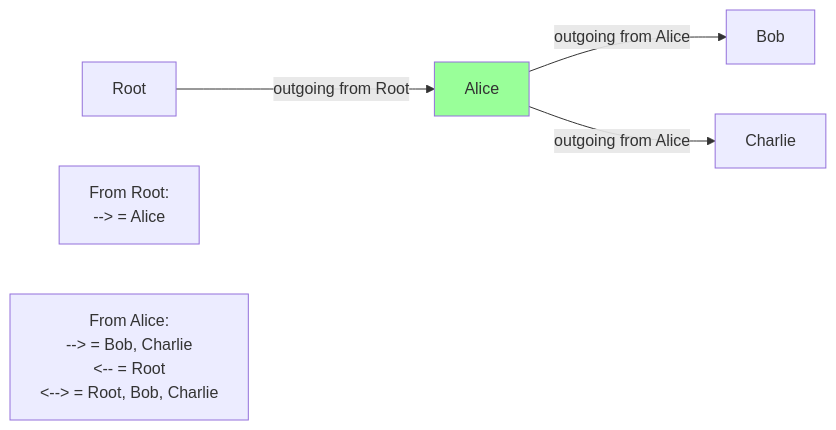
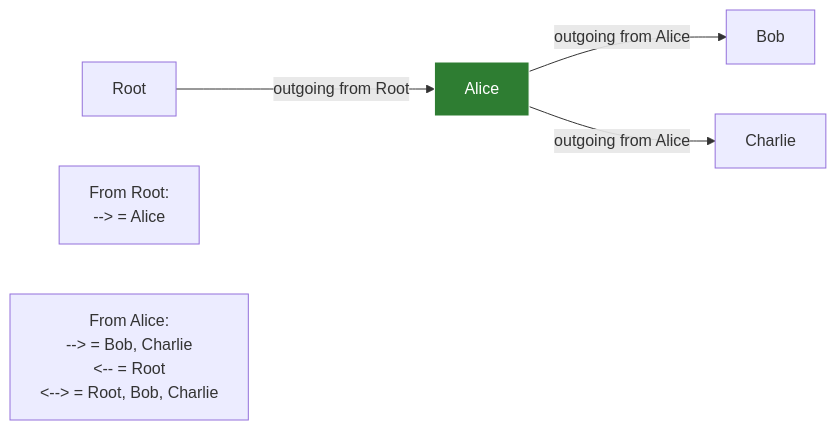
Before and after one commit to specialized806/jaseci: the first of 2 diagrams in jac/examples/reference/object_spatial_references.md, drawn with Mermaid. The commit also changed other lines of this file and 13 other files, not shown here.

Commit message:
imporve spec diagram styles

````diff
--- a/jac/examples/reference/object_spatial_references.md
+++ b/jac/examples/reference/object_spatial_references.md
@@ -26,11 +26,11 @@
 ```mermaid
 graph LR
     R[Root] -->|outgoing from Root| A[Alice]
     A -->|outgoing from Alice| B[Bob]
     A -->|outgoing from Alice| C[Charlie]
 
-    style A fill:#9f9
+    style A fill:#2e7d32,stroke:#fff,color:#fff
 
     Note1[From Root: <br/> -->  = Alice]
     Note2[From Alice: <br/> -->  = Bob, Charlie <br/> <--  = Root <br/> <-->  = Root, Bob, Charlie]
 ```
````
